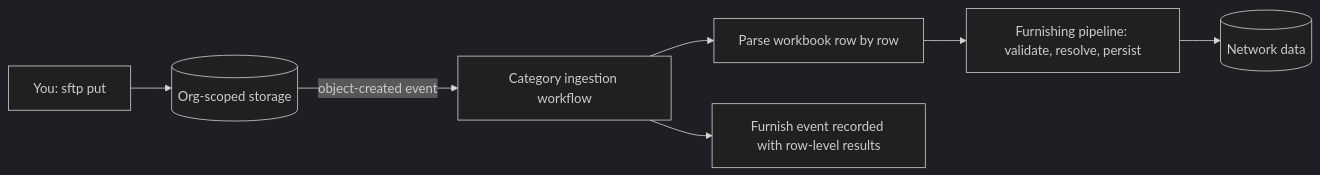
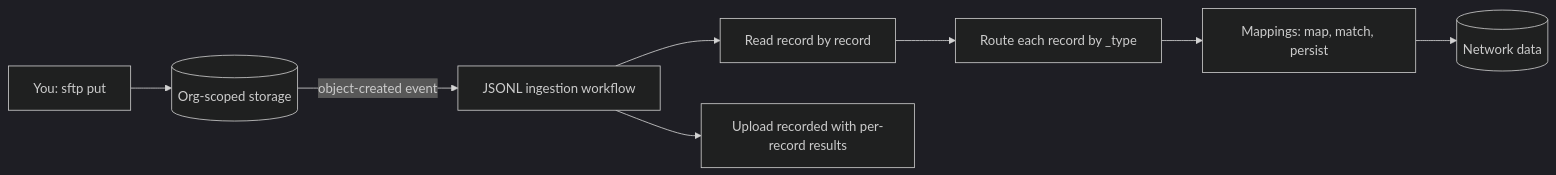
The diagram in api-overview/sftp/overview.mdx (solo-finance/docs), drawn with Mermaid (dark theme) before and after one commit. The commit also changed other lines of this file and 144 other files, not shown here.

````diff
--- a/api-overview/sftp/overview.mdx
+++ b/api-overview/sftp/overview.mdx
@@ -131,9 +117,10 @@
 ```mermaid
 flowchart LR
     U[You: sftp put] --> S[(Org-scoped storage)]
-    S -->|object-created event| W[Category ingestion workflow]
-    W --> P[Parse workbook row by row]
-    P --> F[Furnishing pipeline: validate, resolve, persist]
+    S -->|object-created event| W[JSONL ingestion workflow]
+    W --> P[Read record by record]
+    P --> R[Route each record by _type]
+    R --> F[Mappings: map, match, persist]
     F --> D[(Network data)]
-    W --> E[Furnish event recorded with row-level results]
+    W --> E[Upload recorded with per-record results]
 ```
````
